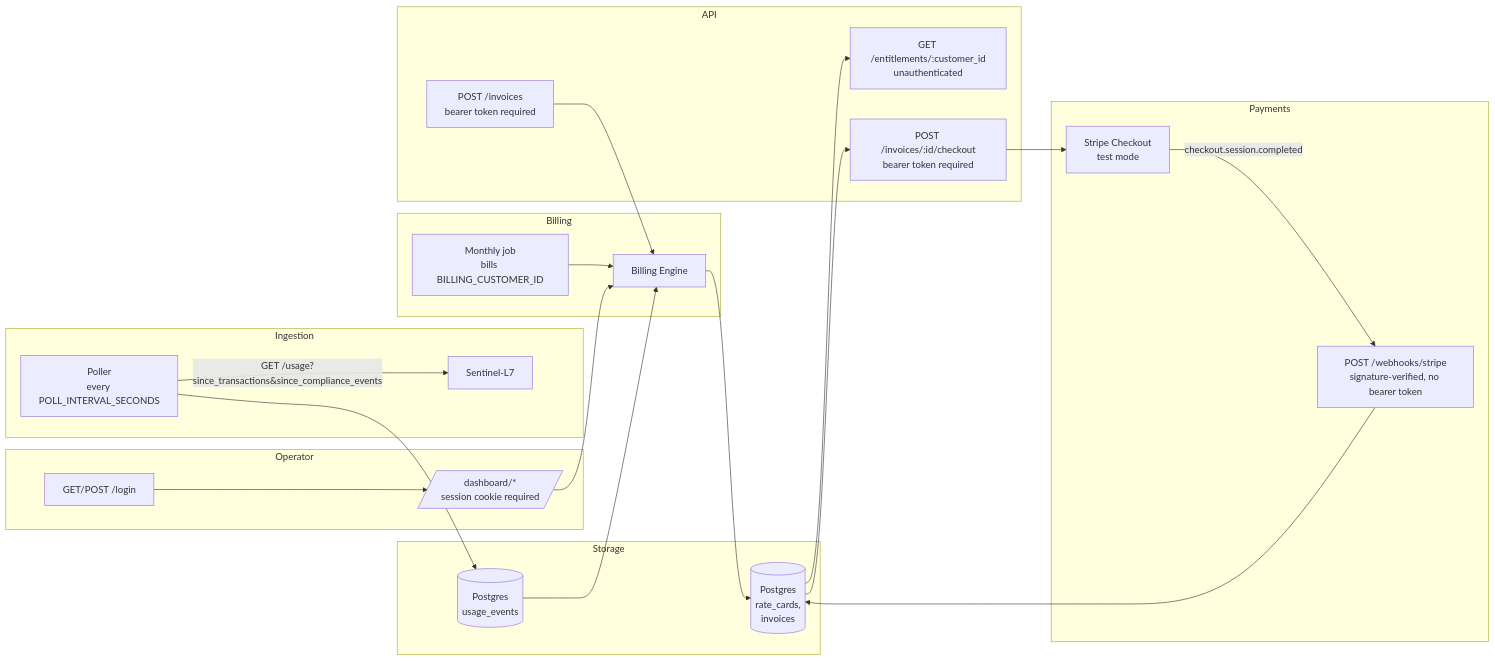
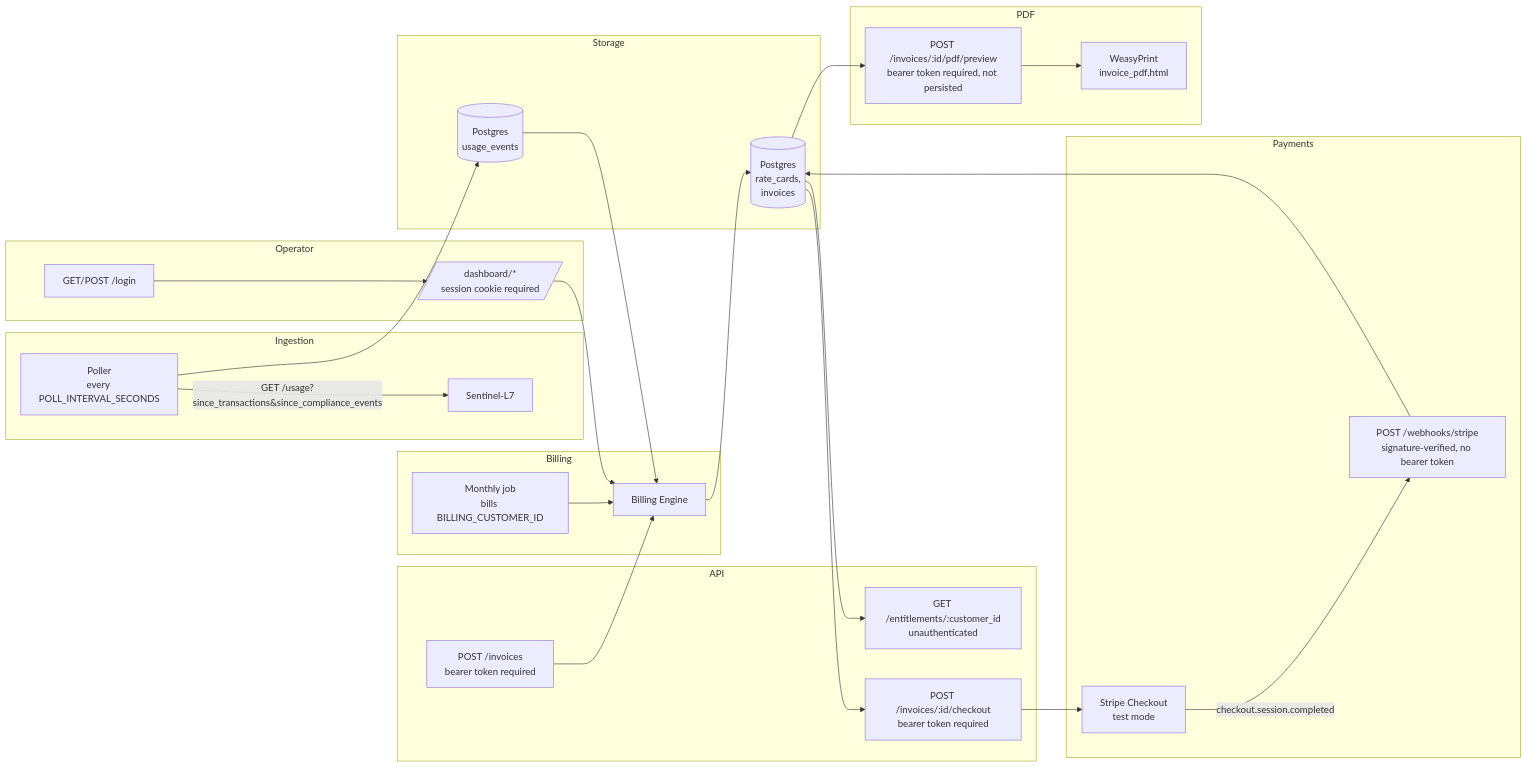
Before and after one commit to obrienma/Ledger-L5: the diagram in README.md, drawn with Mermaid. The commit also changed other lines of this file and 10 other files, not shown here.

First line of the commit message:
feat(billing): render invoice PDFs via WeasyPrint preview route   (Phase 8)

````diff
--- a/README.md
+++ b/README.md
@@ -91,39 +94,45 @@
 ```mermaid
 flowchart LR
     subgraph Ingestion
         A[Poller<br/>every POLL_INTERVAL_SECONDS] -->|GET /usage?since_transactions&since_compliance_events| B[Sentinel-L7]
     end
     subgraph Storage
         C[(Postgres<br/>usage_events)]
         D[(Postgres<br/>rate_cards,<br/>invoices)]
     end
     subgraph Billing
         E[Billing Engine]
         M[Monthly job<br/>bills BILLING_CUSTOMER_ID]
     end
     subgraph API
         F[GET /entitlements/:customer_id<br/>unauthenticated]
         G[POST /invoices<br/>bearer token required]
         H[POST /invoices/:id/checkout<br/>bearer token required]
     end
     subgraph Operator
         L[GET/POST /login]
         Dash[/dashboard/*<br/>session cookie required/]
     end
     subgraph Payments
         S[Stripe Checkout<br/>test mode]
         W[POST /webhooks/stripe<br/>signature-verified, no bearer token]
     end
+    subgraph PDF
+        P[POST /invoices/:id/pdf/preview<br/>bearer token required, not persisted]
+        WP[WeasyPrint<br/>invoice_pdf.html]
+    end
     A --> C
     C --> E
     M --> E
     E --> D
     D --> F
     G --> E
     L --> Dash
     Dash --> E
     D --> H
     H --> S
     S -->|checkout.session.completed| W
     W --> D
+    D --> P
+    P --> WP
 ```
````
